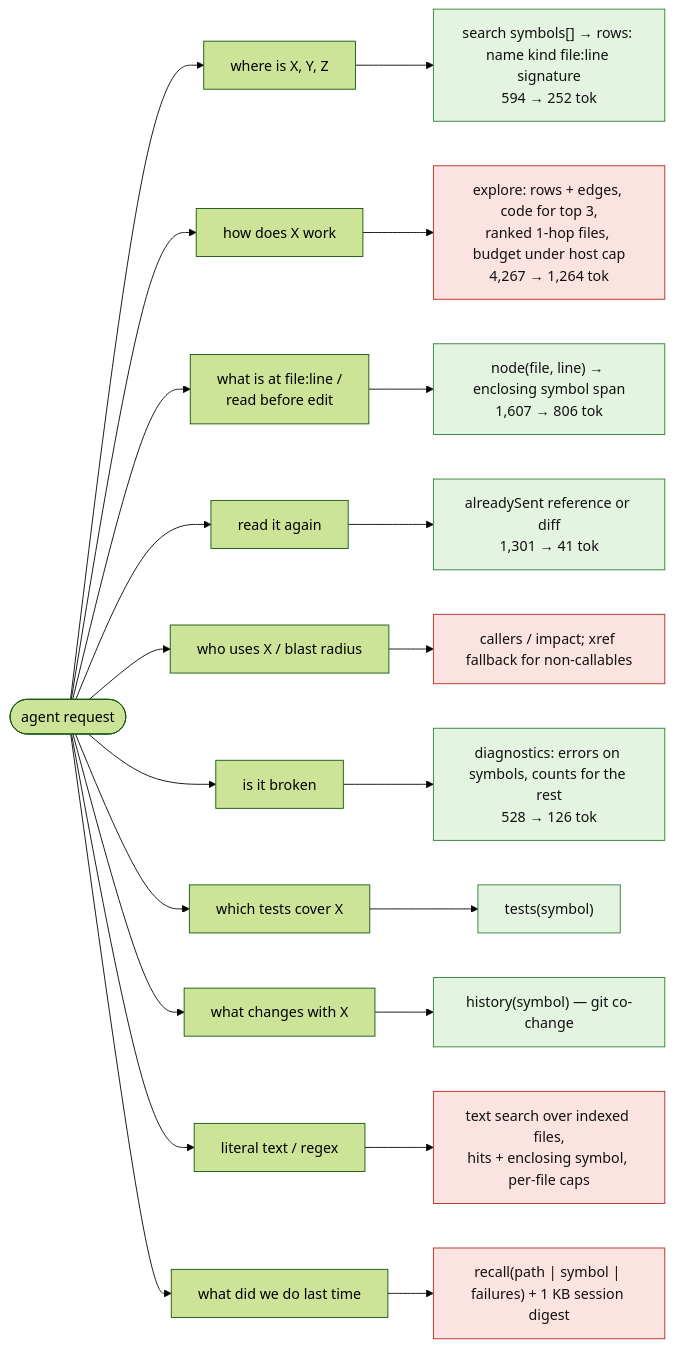
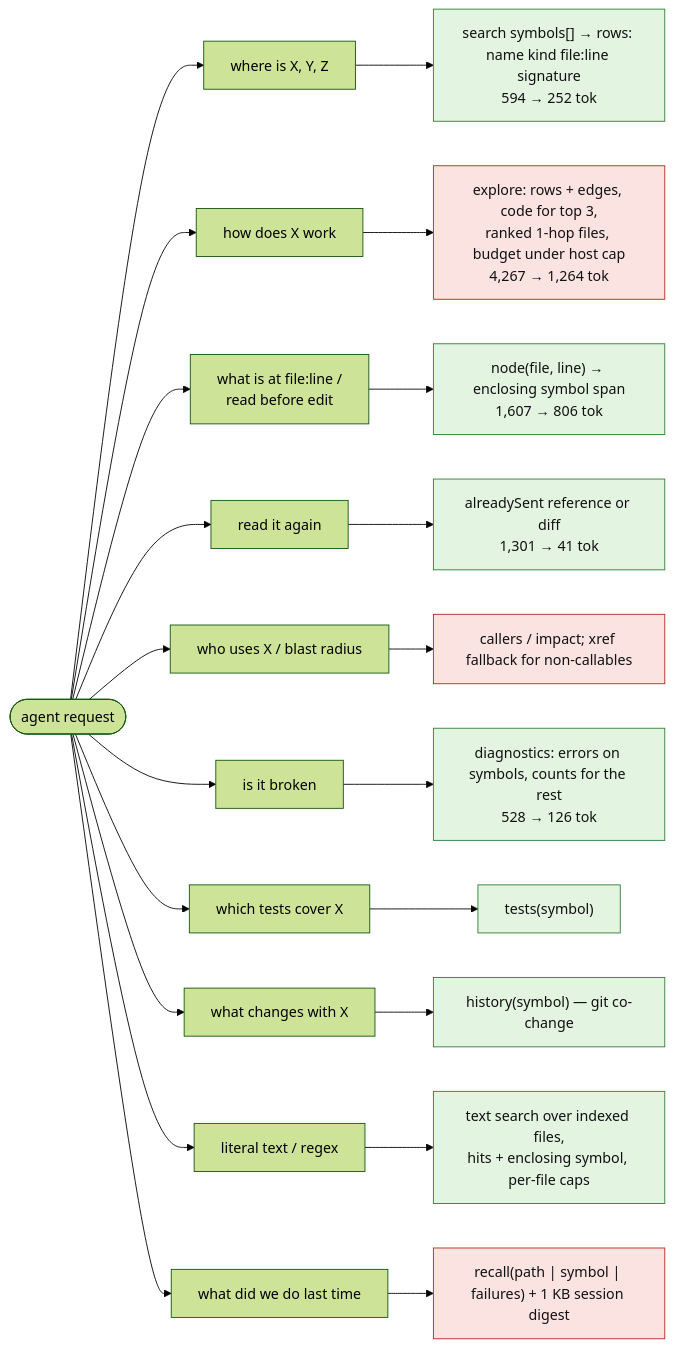
Before and after one commit to Miasin-Labs/codegraph-rs: the sixth of 7 diagrams in docs/research/agent-sessions/FLOWCHART.md, drawn with Mermaid (forest theme). The commit also changed 2 other files, not shown here.

Commit message:
docs(research): mark codegraph_grep shipped

````diff
--- a/docs/research/agent-sessions/FLOWCHART.md
+++ b/docs/research/agent-sessions/FLOWCHART.md
@@ -136,30 +136,30 @@
 ```mermaid
 flowchart LR
   A([agent request]) --> K1["where is X, Y, Z"]
   A --> K2["how does X work"]
   A --> K3["what is at file:line /<br/>read before edit"]
   A --> K4["read it again"]
   A --> K5["who uses X / blast radius"]
   A --> K6["is it broken"]
   A --> K7["which tests cover X"]
   A --> K8["what changes with X"]
   A --> K9["literal text / regex"]
   A --> K10["what did we do last time"]
 
   K1 --> T1["search symbols[] → rows: name kind file:line signature<br/>594 → 252 tok"]
   K2 --> T2["explore: rows + edges, code for top 3,<br/>ranked 1-hop files, budget under host cap<br/>4,267 → 1,264 tok"]
   K3 --> T3["node(file, line) → enclosing symbol span<br/>1,607 → 806 tok"]
   K4 --> T4["alreadySent reference or diff<br/>1,301 → 41 tok"]
   K5 --> T5["callers / impact; xref fallback for non-callables"]
   K6 --> T6["diagnostics: errors on symbols, counts for the rest<br/>528 → 126 tok"]
   K7 --> T7["tests(symbol)"]
   K8 --> T8["history(symbol) — git co-change"]
   K9 --> T9["text search over indexed files,<br/>hits + enclosing symbol, per-file caps"]
   K10 --> T10["recall(path | symbol | failures) + 1 KB session digest"]
 
   classDef shipped fill:#e3f4e1,stroke:#2f7d32,color:#111
   classDef flight fill:#fff6d9,stroke:#9a7b12,color:#111
   classDef gap fill:#fbe3e1,stroke:#b3261e,color:#111
-  class T1,T3,T4,T6,T7,T8 shipped
-  class T2,T5,T9,T10 gap
+  class T1,T3,T4,T6,T7,T8,T9 shipped
+  class T2,T5,T10 gap
 ```
````
